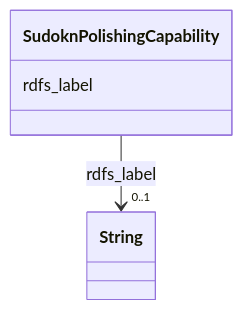
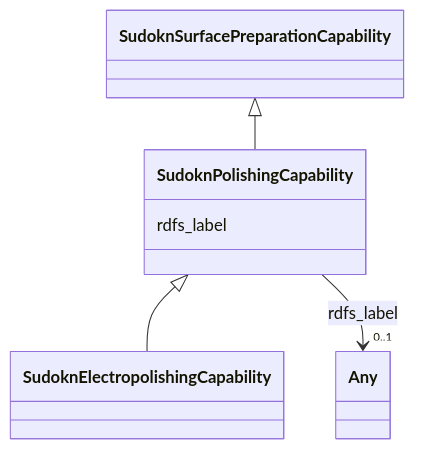
Before and after one commit to frink-okn/graph-descriptions: the diagram in sudokn-kg/classes/SudoknPolishingCapability.md, drawn with Mermaid. The commit also changed other lines of this file and 903 other files, not shown here.

````diff
--- a/sudokn-kg/classes/SudoknPolishingCapability.md
+++ b/sudokn-kg/classes/SudoknPolishingCapability.md
@@ -23,15 +18,23 @@
 ```mermaid
  classDiagram
     class SudoknPolishingCapability
     click SudoknPolishingCapability href "../SudoknPolishingCapability"
+      SudoknSurfacePreparationCapability <|-- SudoknPolishingCapability
+        click SudoknSurfacePreparationCapability href "../SudoknSurfacePreparationCapability"
+      
+
+      SudoknPolishingCapability <|-- SudoknElectropolishingCapability
+        click SudoknElectropolishingCapability href "../SudoknElectropolishingCapability"
+      
+      
       SudoknPolishingCapability : rdfs_label
         
           
     
     
-    SudoknPolishingCapability --> "0..1" String : rdfs_label
-    click String href "../String"
+    SudoknPolishingCapability --> "0..1" Any : rdfs_label
+    click Any href "../Any"
 
         
       
 ```
````
